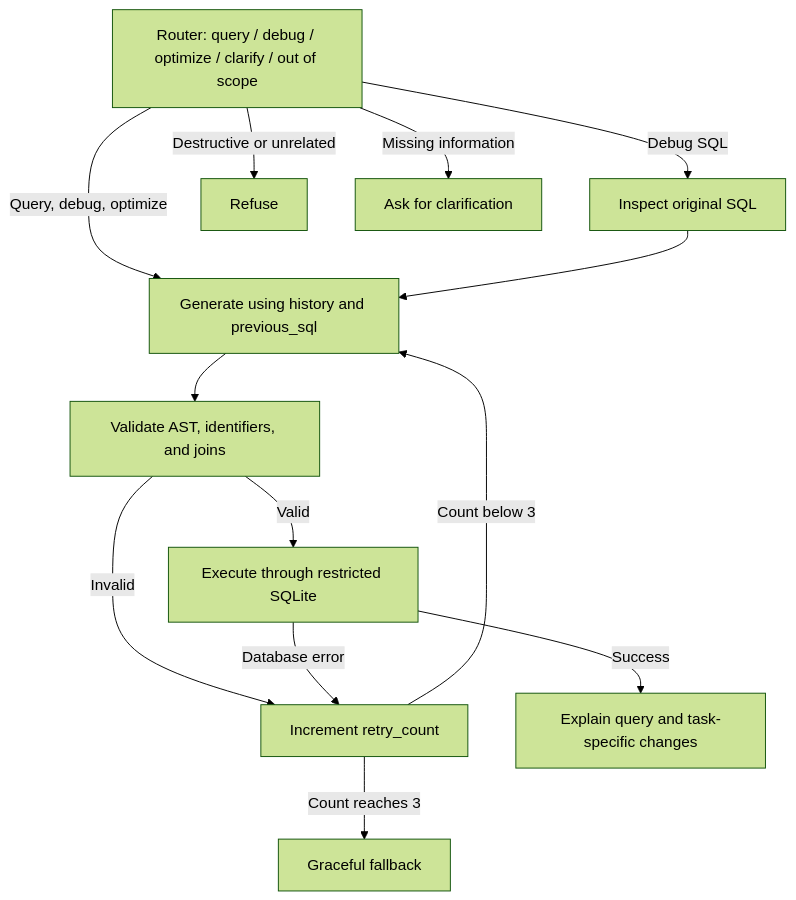
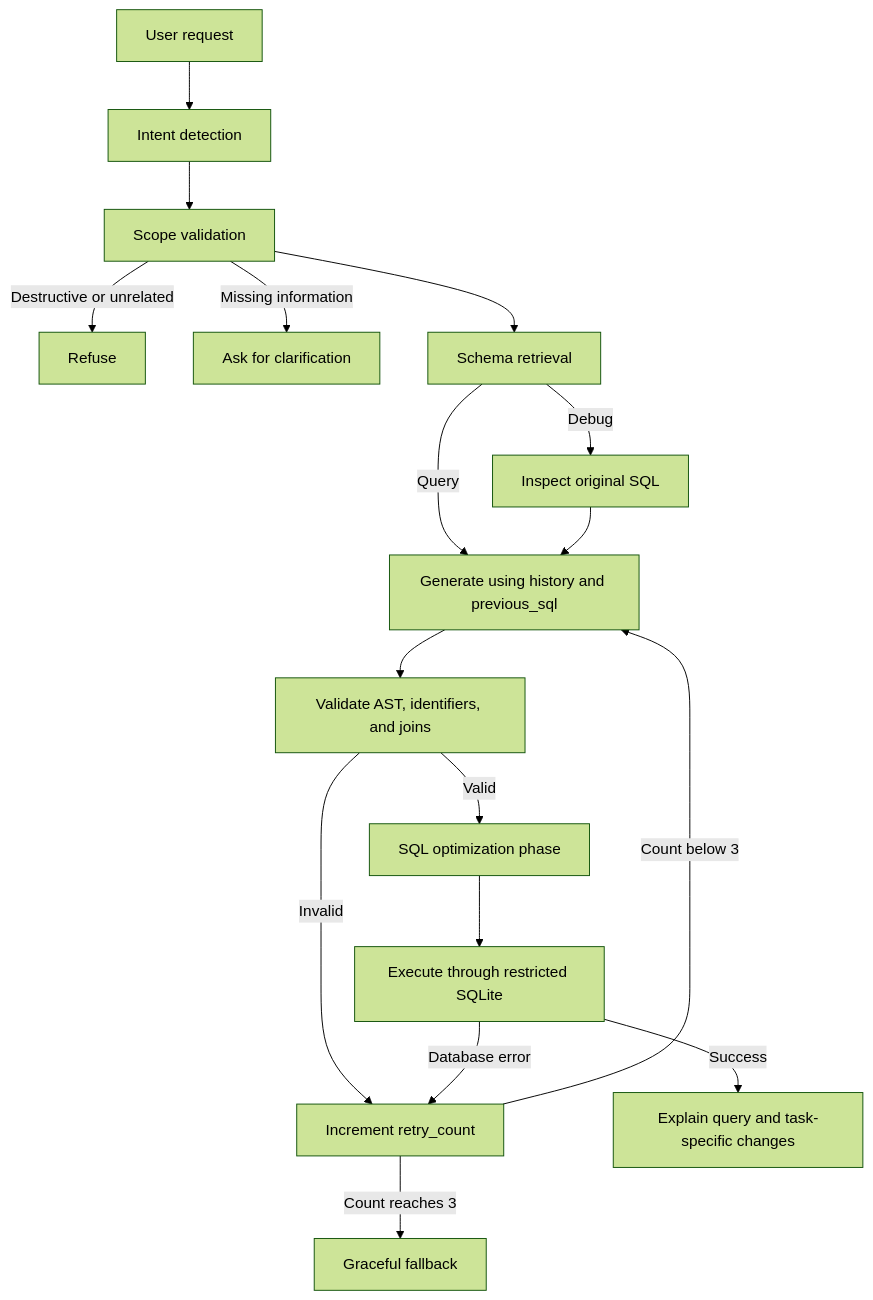
One commit to Mainamanhoon/SQL-Query-AI-Agent changed the second of 2 diagrams in README.md. Above: the diagram before and after it, drawn with Mermaid (forest theme). The commit also changed 7 other files, not shown here.

Commit message:
Make graph stages explicit

````diff
--- a/README.md
+++ b/README.md
@@ -118,15 +118,19 @@
 ```mermaid
 flowchart TD
-    A[Router: query / debug / optimize / clarify / out of scope] -->|Debug SQL| D[Inspect original SQL]
-    A -->|Destructive or unrelated| R[Refuse]
-    A -->|Missing information| C[Ask for clarification]
-    A -->|Query, debug, optimize| G[Generate using history and previous_sql]
+    U[User request] --> A[Intent detection]
+    A --> S[Scope validation]
+    S -->|Destructive or unrelated| R[Refuse]
+    S -->|Missing information| C[Ask for clarification]
+    S --> H[Schema retrieval]
+    H -->|Debug| D[Inspect original SQL]
+    H -->|Query| G[Generate using history and previous_sql]
     D --> G
     G --> V[Validate AST, identifiers, and joins]
-    V -->|Valid| E[Execute through restricted SQLite]
+    V -->|Valid| O[SQL optimization phase]
     V -->|Invalid| F[Increment retry_count]
-    E -->|Database error| F
     F -->|Count below 3| G
     F -->|Count reaches 3| X[Graceful fallback]
+    O --> E[Execute through restricted SQLite]
+    E -->|Database error| F
     E -->|Success| P[Explain query and task-specific changes]
 ```
````
